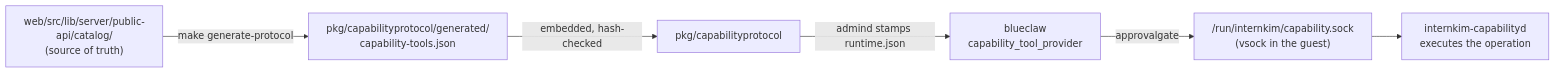
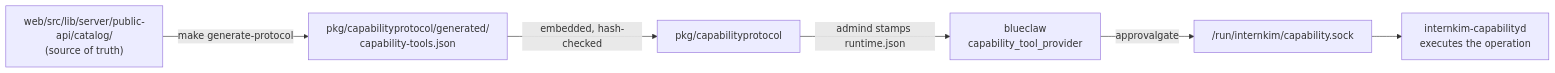
Before and after one commit to yeomyeonggeori/internkim: the diagram in docs/tools/index.mdx, drawn with Mermaid. The commit also changed other lines of this file and 18 other files, not shown here.

````diff
--- a/docs/tools/index.mdx
+++ b/docs/tools/index.mdx
@@ -136,8 +136,8 @@
 ```mermaid
 flowchart LR
   TS["web/src/lib/server/public-api/catalog/<br/>(source of truth)"] -->|make generate-protocol| JSON["pkg/capabilityprotocol/generated/<br/>capability-tools.json"]
   JSON -->|embedded, hash-checked| Go["pkg/capabilityprotocol"]
   Go -->|admind stamps runtime.json| Blueclaw["blueclaw<br/>capability_tool_provider"]
-  Blueclaw -->|approvalgate| Socket["/run/internkim/capability.sock<br/>(vsock in the guest)"]
+  Blueclaw -->|approvalgate| Socket["/run/internkim/capability.sock"]
   Socket --> Capabilityd["internkim-capabilityd<br/>executes the operation"]
 ```
````
